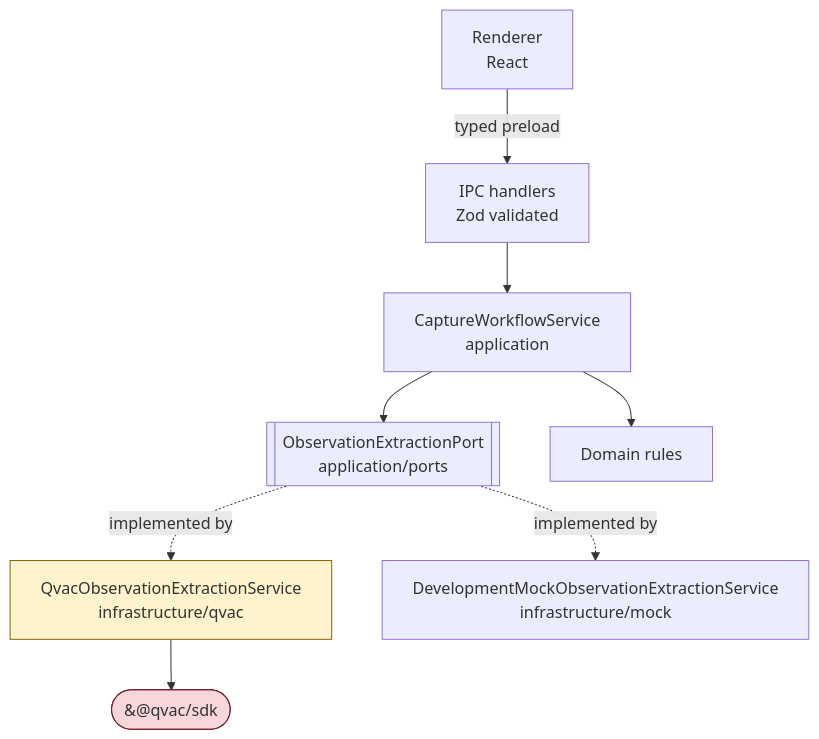
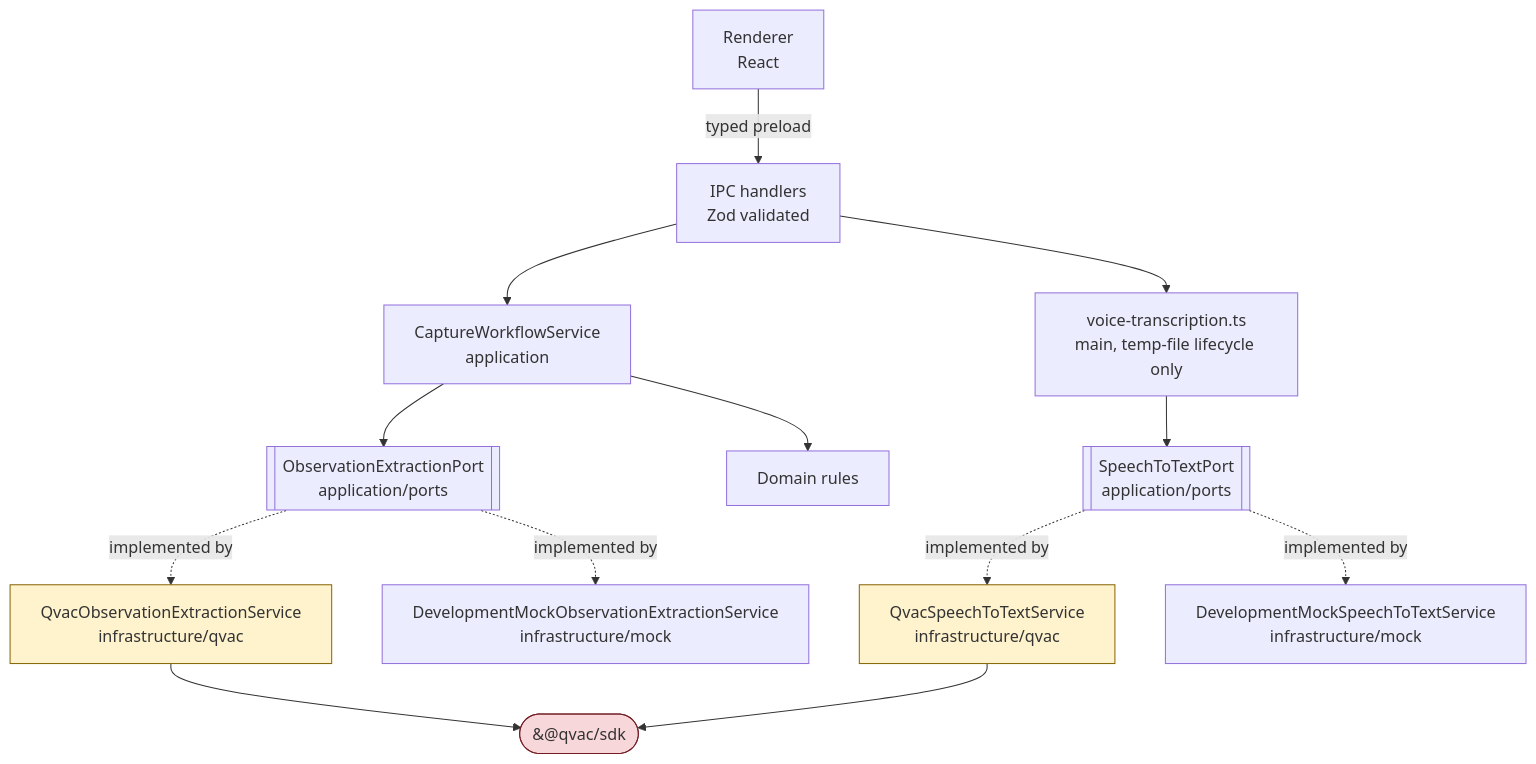
The diagram in docs/QVAC_ARCHITECTURE.md (MrFengH/Lua_Base_Intellingece), drawn with Mermaid before and after one commit. The commit also changed other lines of this file and 51 other files, not shown here.

````diff
--- a/docs/QVAC_ARCHITECTURE.md
+++ b/docs/QVAC_ARCHITECTURE.md
@@ -11,13 +11,19 @@
 ```mermaid
 flowchart TB
   R[Renderer<br/>React] -->|typed preload| I[IPC handlers<br/>Zod validated]
   I --> W[CaptureWorkflowService<br/>application]
+  I --> VT[voice-transcription.ts<br/>main, temp-file lifecycle only]
   W --> P[[ObservationExtractionPort<br/>application/ports]]
+  VT --> ST[[SpeechToTextPort<br/>application/ports]]
   P -. implemented by .-> Q[QvacObservationExtractionService<br/>infrastructure/qvac]
   P -. implemented by .-> M[DevelopmentMockObservationExtractionService<br/>infrastructure/mock]
+  ST -. implemented by .-> QS[QvacSpeechToTextService<br/>infrastructure/qvac]
+  ST -. implemented by .-> MS[DevelopmentMockSpeechToTextService<br/>infrastructure/mock]
   Q --> SDK([&#64;qvac/sdk])
+  QS --> SDK
   W --> D[Domain rules]
 
   style Q fill:#fff3cd,stroke:#856404
+  style QS fill:#fff3cd,stroke:#856404
   style SDK fill:#f8d7da,stroke:#721c24
 ```
````
